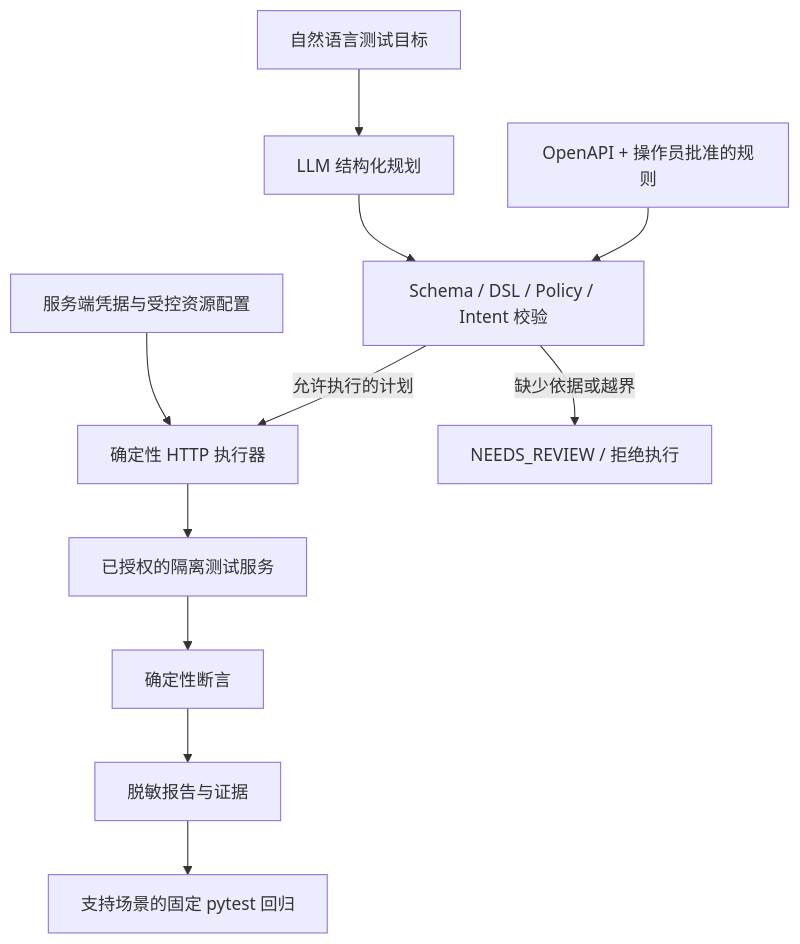
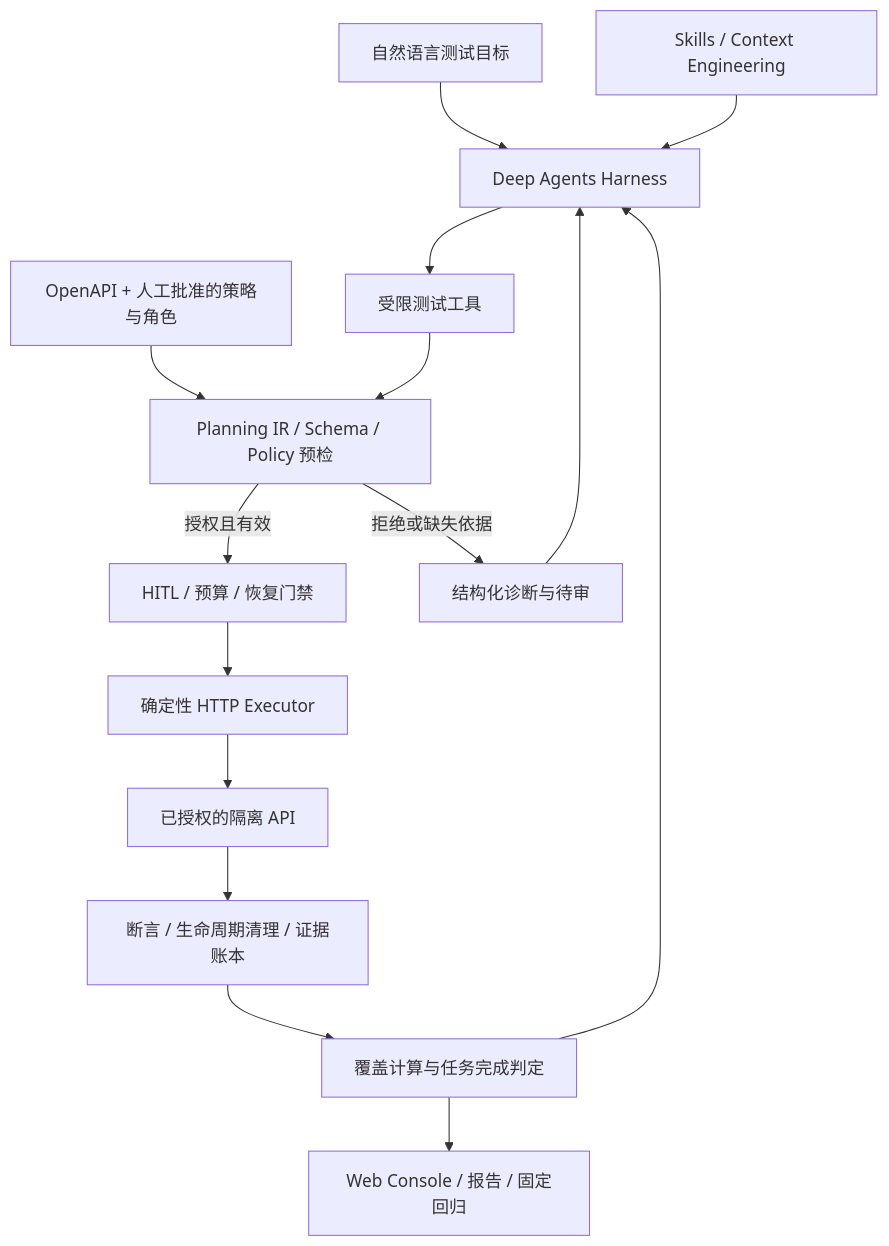
Before and after one commit to mofengyan595/agenttest: the diagram in README.md, drawn with Mermaid. The commit also changed other lines of this file and 13 other files, not shown here.

````diff
--- a/README.md
+++ b/README.md
@@ -37,13 +41,17 @@
 ```mermaid
 flowchart TD
-    User[自然语言测试目标] --> Planner[LLM 结构化规划]
-    Contract[OpenAPI + 操作员批准的规则] --> Gate[Schema / DSL / Policy / Intent 校验]
-    Planner --> Gate
-    Gate -->|允许执行的计划| Executor[确定性 HTTP 执行器]
-    Gate -->|缺少依据或越界| Review[NEEDS_REVIEW / 拒绝执行]
-    Vault[服务端凭据与受控资源配置] --> Executor
-    Executor --> Target[已授权的隔离测试服务]
-    Target --> Verify[确定性断言]
-    Verify --> Report[脱敏报告与证据]
-    Report --> Regression[支持场景的固定 pytest 回归]
+    U[自然语言测试目标] --> H[Deep Agents Harness]
+    S[Skills / Context Engineering] --> H
+    H --> T[受限测试工具]
+    O[OpenAPI + 人工批准的策略与角色] --> V[Planning IR / Schema / Policy 预检]
+    T --> V
+    V -->|授权且有效| A[HITL / 预算 / 恢复门禁]
+    V -->|拒绝或缺失依据| F[结构化诊断与待审]
+    F --> H
+    A --> E[确定性 HTTP Executor]
+    E --> API[已授权的隔离 API]
+    API --> R[断言 / 生命周期清理 / 证据账本]
+    R --> C[覆盖计算与任务完成判定]
+    C --> W[Web Console / 报告 / 固定回归]
+    C --> H
 ```
````
